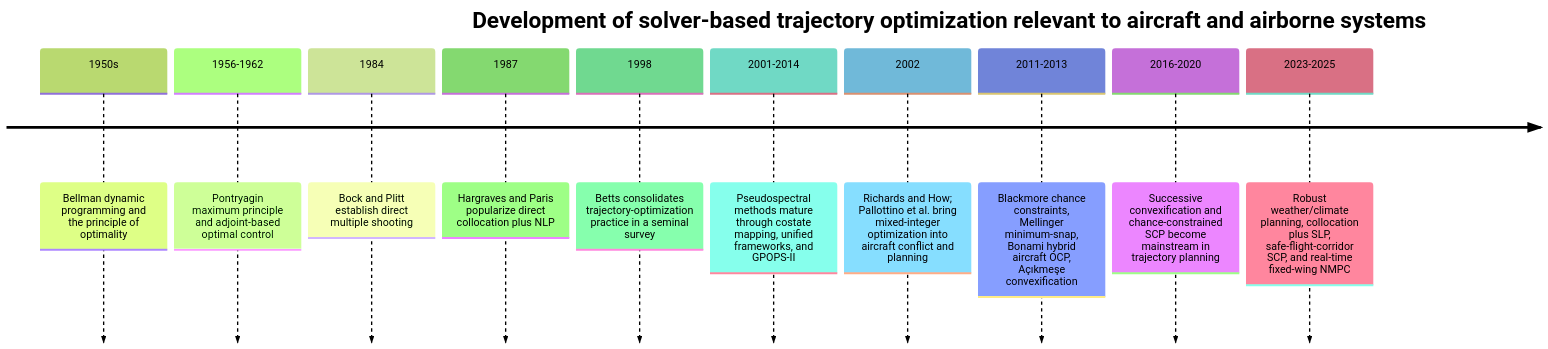
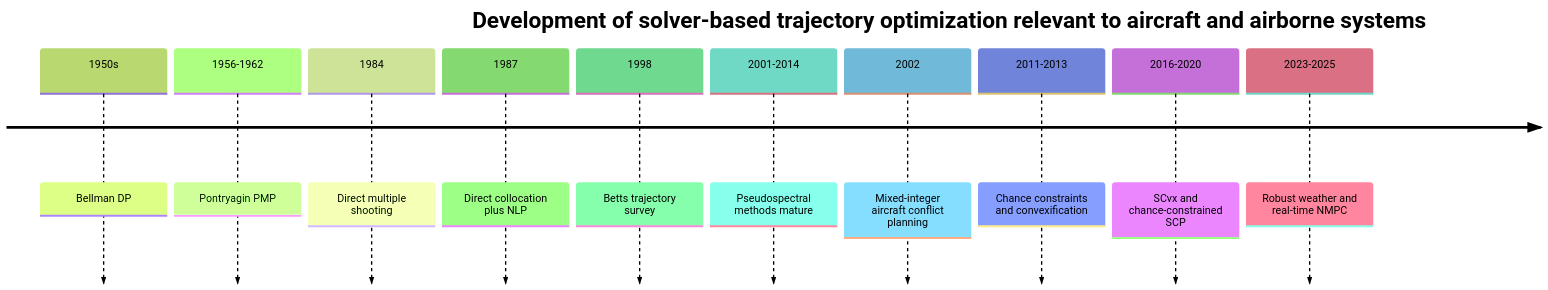
One commit to Horizon-42/optimization_learning changed the second of 2 diagrams in optimization-in-aero-deep-research-report.md. Above: the diagram before and after it, drawn with Mermaid (forest theme). The commit also changed other lines of this file, not shown here.

Commit message:
Enhance optimization report with detailed explanations of direct transcription, collocation methods, and their implications for aircraft trajectory generation

````diff
--- a/optimization-in-aero-deep-research-report.md
+++ b/optimization-in-aero-deep-research-report.md
@@ -342,14 +365,14 @@
 ```mermaid
 timeline
     title Development of solver-based trajectory optimization relevant to aircraft and airborne systems
-    1950s : Bellman dynamic programming and the principle of optimality
-    1956-1962 : Pontryagin maximum principle and adjoint-based optimal control
-    1984 : Bock and Plitt establish direct multiple shooting
-    1987 : Hargraves and Paris popularize direct collocation plus NLP
-    1998 : Betts consolidates trajectory-optimization practice in a seminal survey
-    2001-2014 : Pseudospectral methods mature through costate mapping, unified frameworks, and GPOPS-II
-    2002 : Richards and How; Pallottino et al. bring mixed-integer optimization into aircraft conflict and planning
-    2011-2013 : Blackmore chance constraints, Mellinger minimum-snap, Bonami hybrid aircraft OCP, Açıkmeşe convexification
-    2016-2020 : Successive convexification and chance-constrained SCP become mainstream in trajectory planning
-    2023-2025 : Robust weather/climate planning, collocation plus SLP, safe-flight-corridor SCP, and real-time fixed-wing NMPC
+    1950s : Bellman DP
+    1956-1962 : Pontryagin PMP
+    1984 : Direct multiple shooting
+    1987 : Direct collocation plus NLP
+    1998 : Betts trajectory survey
+    2001-2014 : Pseudospectral methods mature
+    2002 : Mixed-integer aircraft conflict planning
+    2011-2013 : Chance constraints and convexification
+    2016-2020 : SCvx and chance-constrained SCP
+    2023-2025 : Robust weather and real-time NMPC
 ```
````
